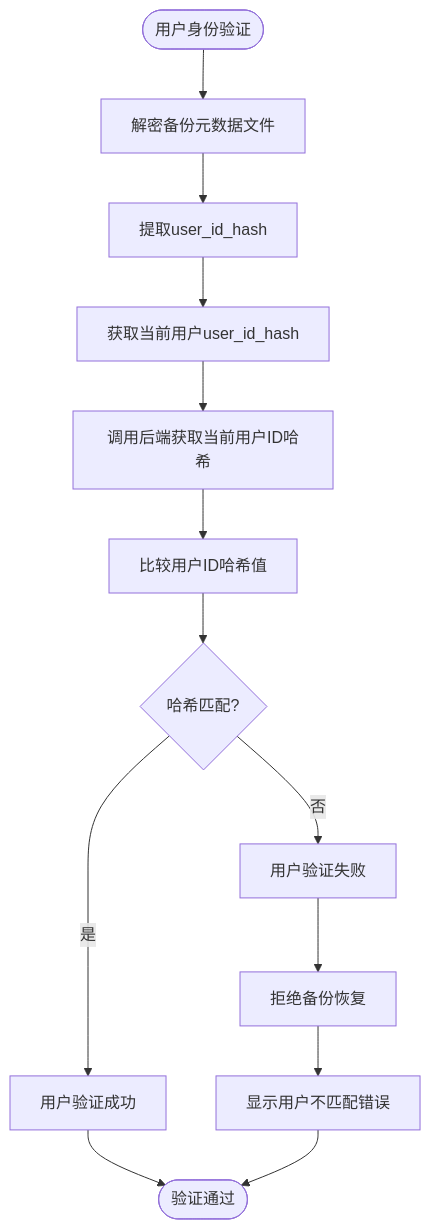
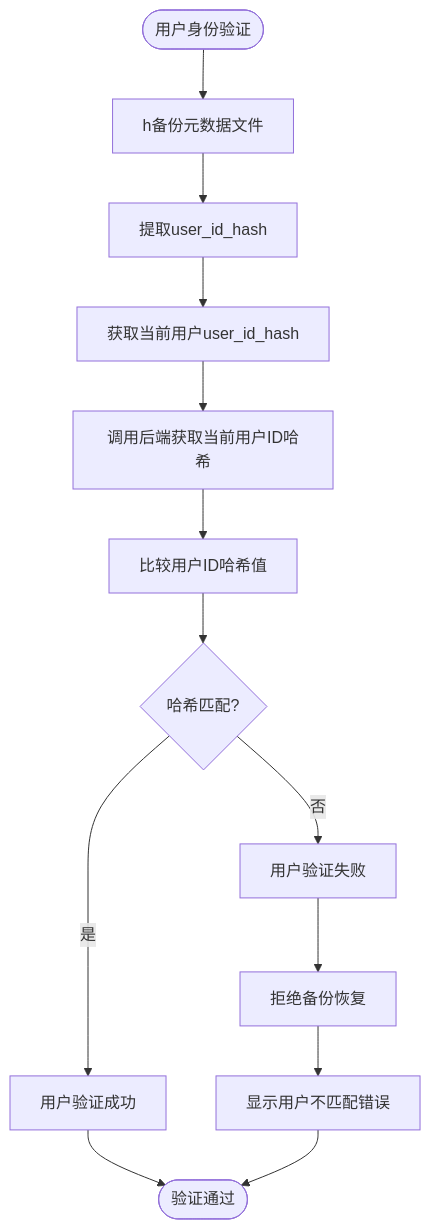
One commit to yingjianzh/iodraw-files changed the diagram in all/未命名-60.md. Above: the diagram before and after it, drawn with Mermaid.

Commit message:
2025-05-15 15:08:34 update

````diff
--- a/all/未命名-60.md
+++ b/all/未命名-60.md
@@ -1,21 +1,21 @@
 ```mermaid
 
 flowchart TD
-    Start([用户身份验证]) --> DecryptMetadata[解密备份元数据文件]
+    Start([用户身份验证]) --> DecryptMetadata[h备份元数据文件]
     DecryptMetadata --> ExtractUserHash[提取user_id_hash]
     ExtractUserHash --> GetCurrentUser[获取当前用户user_id_hash]
     
     GetCurrentUser --> HashCurrentUser[调用后端获取当前用户ID哈希]
     HashCurrentUser --> CompareHashes[比较用户ID哈希值]
     
     CompareHashes --> HashMatch{哈希匹配?}
     HashMatch -->|是| VerifySuccess[用户验证成功]
     HashMatch -->|否| VerifyFailure[用户验证失败]
     
     VerifySuccess --> End([验证通过])
     VerifyFailure --> RejectBackup[拒绝备份恢复]
     RejectBackup --> ShowUserError[显示用户不匹配错误]
     
     ShowUserError --> End
 
 ```
````
